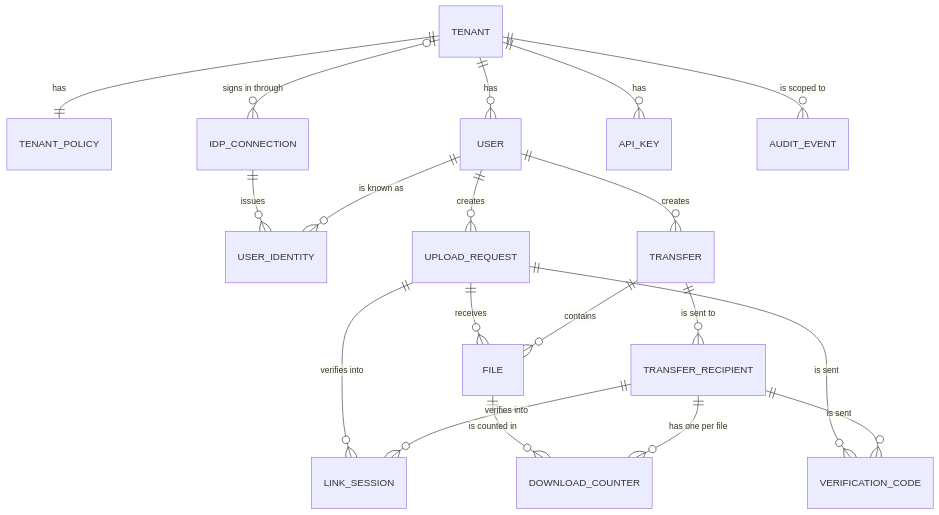
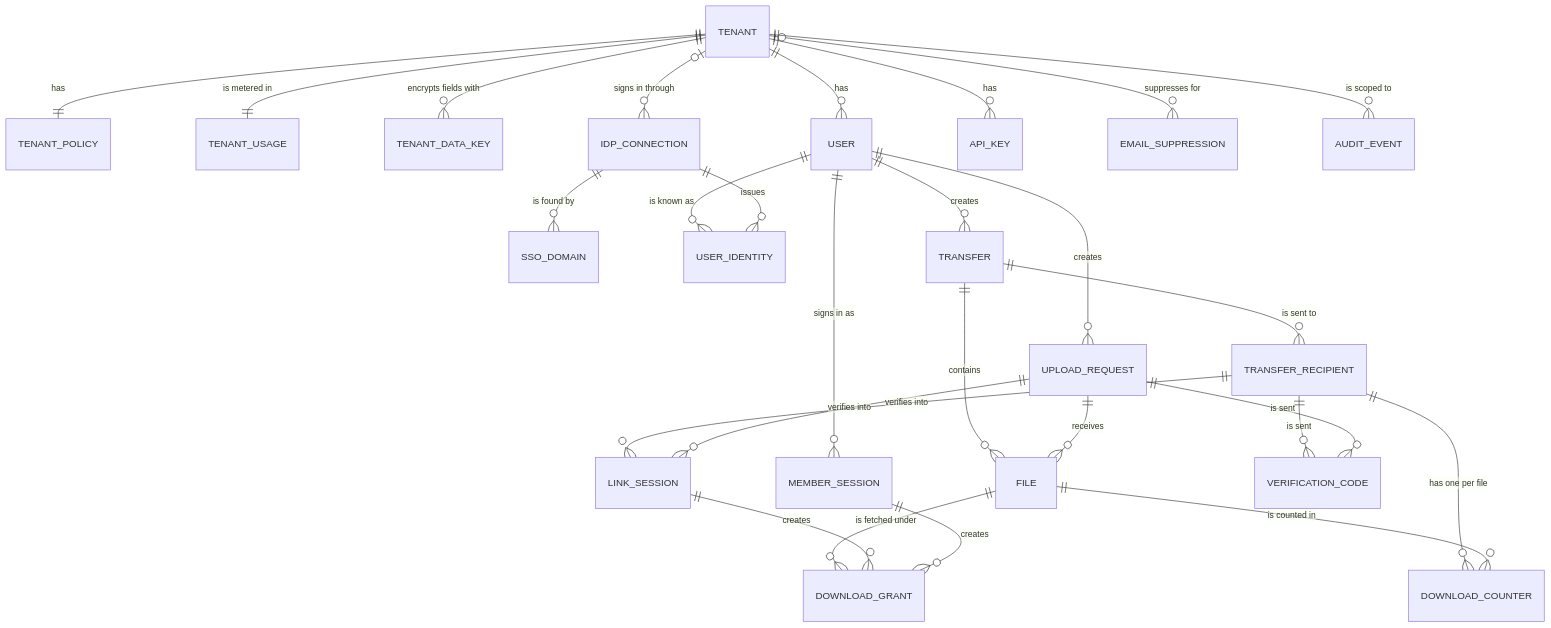
Before and after one commit to codewithmuh/secure-file-transfer: the first of 5 diagrams in docs/design/data-model.md, drawn with Mermaid. The commit also changed other lines of this file and 10 other files, not shown here.

````diff
--- a/docs/design/data-model.md
+++ b/docs/design/data-model.md
@@ -35,21 +42,29 @@
 ```mermaid
 erDiagram
     TENANT ||--|| TENANT_POLICY : has
+    TENANT ||--|| TENANT_USAGE : "is metered in"
+    TENANT ||--o{ TENANT_DATA_KEY : "encrypts fields with"
     TENANT ||--o{ USER : has
     TENANT |o--o{ IDP_CONNECTION : "signs in through"
+    IDP_CONNECTION ||--o{ SSO_DOMAIN : "is found by"
     USER ||--o{ USER_IDENTITY : "is known as"
     IDP_CONNECTION ||--o{ USER_IDENTITY : issues
+    USER ||--o{ MEMBER_SESSION : "signs in as"
     TENANT ||--o{ API_KEY : has
     USER ||--o{ TRANSFER : creates
     USER ||--o{ UPLOAD_REQUEST : creates
     TRANSFER ||--o{ TRANSFER_RECIPIENT : "is sent to"
     TRANSFER ||--o{ FILE : contains
     UPLOAD_REQUEST ||--o{ FILE : receives
     TRANSFER_RECIPIENT ||--o{ LINK_SESSION : "verifies into"
     UPLOAD_REQUEST ||--o{ LINK_SESSION : "verifies into"
     TRANSFER_RECIPIENT ||--o{ VERIFICATION_CODE : "is sent"
     UPLOAD_REQUEST ||--o{ VERIFICATION_CODE : "is sent"
     TRANSFER_RECIPIENT ||--o{ DOWNLOAD_COUNTER : "has one per file"
     FILE ||--o{ DOWNLOAD_COUNTER : "is counted in"
+    FILE ||--o{ DOWNLOAD_GRANT : "is fetched under"
+    LINK_SESSION ||--o{ DOWNLOAD_GRANT : creates
+    MEMBER_SESSION ||--o{ DOWNLOAD_GRANT : creates
+    TENANT |o--o{ EMAIL_SUPPRESSION : "suppresses for"
     TENANT ||--o{ AUDIT_EVENT : "is scoped to"
 ```
````
